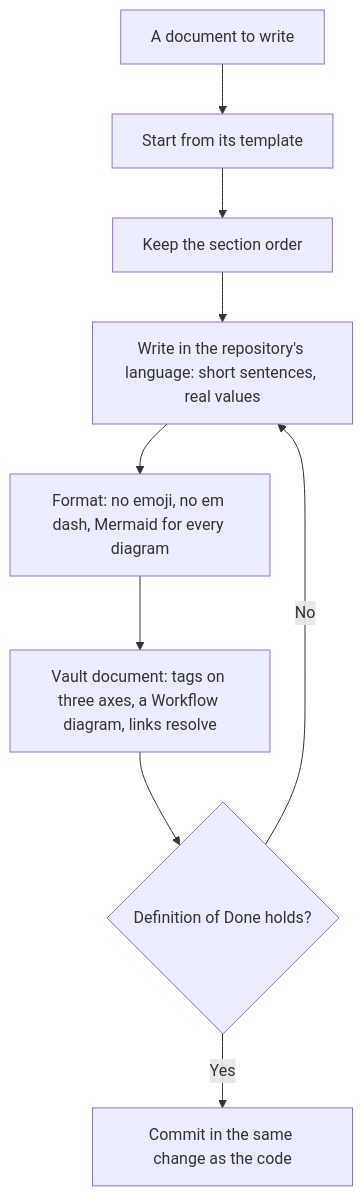
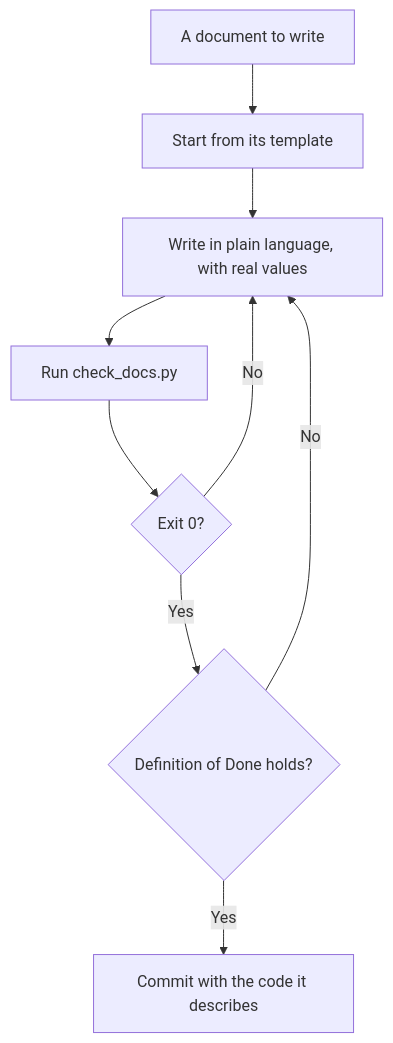
The diagram in rules/docs.rules.md (rahfianugerah/docs), drawn with Mermaid before and after one commit. The commit also changed other lines of this file and 15 other files, not shown here.

First line of the commit message:
docs(rules): rewrite the code and document standards for tool checks

````diff
--- a/rules/docs.rules.md
+++ b/rules/docs.rules.md
@@ -25,11 +28,11 @@
 ```mermaid
 flowchart TD
   A["A document to write"] --> T["Start from its template"]
-  T --> O["Keep the section order"]
-  O --> W["Write in the repository's language: short sentences, real values"]
-  W --> F["Format: no emoji, no em dash, Mermaid for every diagram"]
-  F --> V["Vault document: tags on three axes, a Workflow diagram, links resolve"]
-  V --> DD{"Definition of Done holds?"}
-  DD -->|No| W
-  DD -->|Yes| C["Commit in the same change as the code"]
+  T --> W["Write in plain language, with real values"]
+  W --> S["Run check_docs.py"]
+  S --> P{"Exit 0?"}
+  P -->|No| W
+  P -->|Yes| D{"Definition of Done holds?"}
+  D -->|No| W
+  D -->|Yes| C["Commit with the code it describes"]
 ```
````
